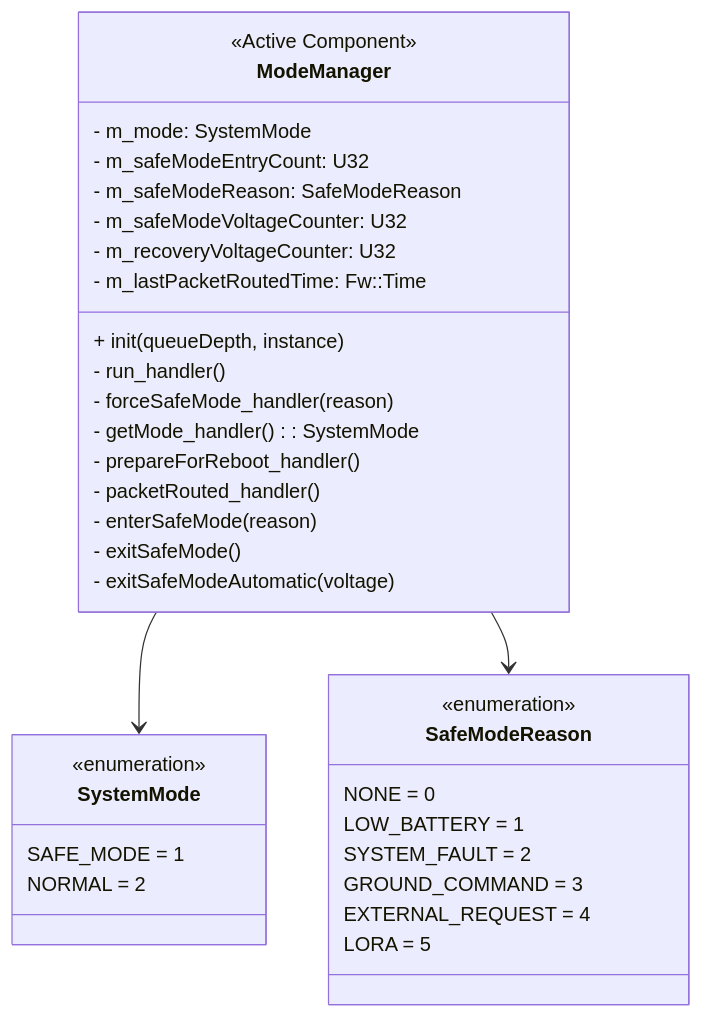
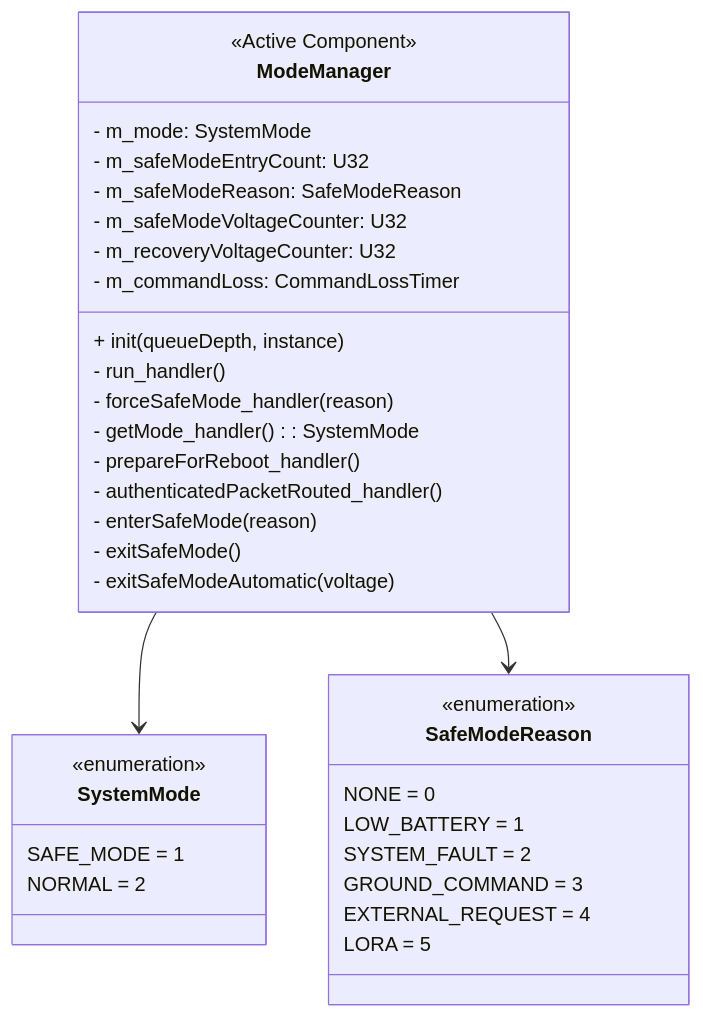
Before and after one commit to Open-Source-Space-Foundation/proves-core-reference: the first of 4 diagrams in PROVESFlightControllerReference/Components/ModeManager/docs/sdd.md, drawn with Mermaid. The commit also changed other lines of this file and 16 other files, not shown here.

First line of the commit message:
fix(ModeManager): count only authenticated traffic in the command-loss dead-man and persist it across reboots

````diff
--- a/PROVESFlightControllerReference/Components/ModeManager/docs/sdd.md
+++ b/PROVESFlightControllerReference/Components/ModeManager/docs/sdd.md
@@ -27,37 +28,37 @@
 ```mermaid
 classDiagram
     class ModeManager {
         <<Active Component>>
         - m_mode: SystemMode
         - m_safeModeEntryCount: U32
         - m_safeModeReason: SafeModeReason
         - m_safeModeVoltageCounter: U32
         - m_recoveryVoltageCounter: U32
-        - m_lastPacketRoutedTime: Fw::Time
+        - m_commandLoss: CommandLossTimer
         + init(queueDepth, instance)
         - run_handler()
         - forceSafeMode_handler(reason)
         - getMode_handler(): SystemMode
         - prepareForReboot_handler()
-        - packetRouted_handler()
+        - authenticatedPacketRouted_handler()
         - enterSafeMode(reason)
         - exitSafeMode()
         - exitSafeModeAutomatic(voltage)
     }
     class SystemMode {
         <<enumeration>>
         SAFE_MODE = 1
         NORMAL = 2
     }
     class SafeModeReason {
         <<enumeration>>
         NONE = 0
         LOW_BATTERY = 1
         SYSTEM_FAULT = 2
         GROUND_COMMAND = 3
         EXTERNAL_REQUEST = 4
         LORA = 5
     }
     ModeManager --> SystemMode
     ModeManager --> SafeModeReason
 ```
````
